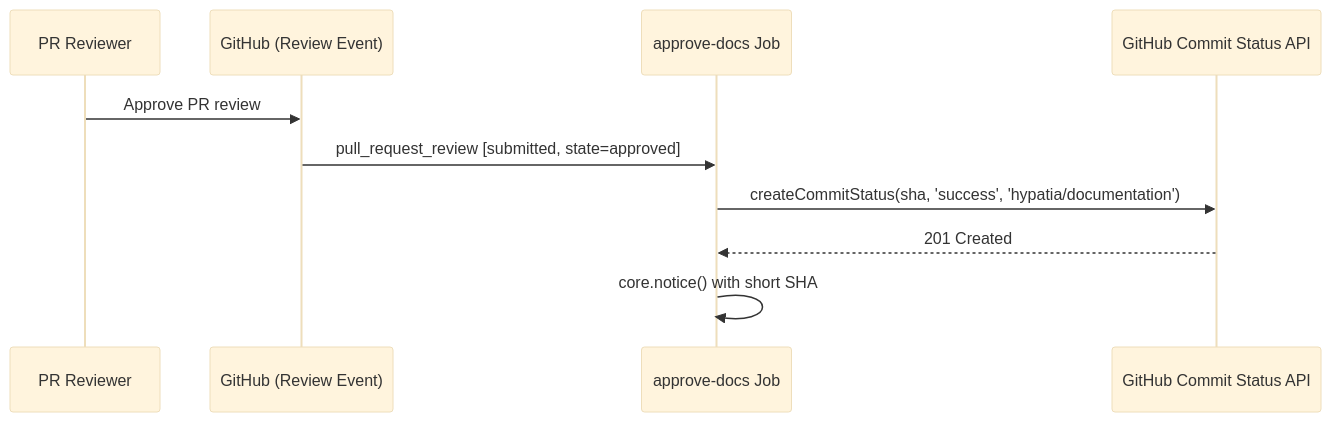
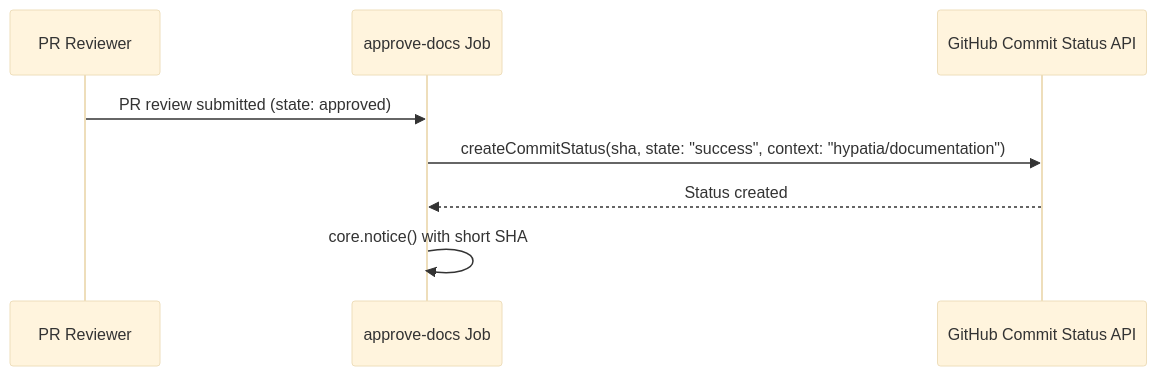
Before and after one commit to cornelisnetworks/opa-psm2-tests: the fourth of 4 diagrams in docs/.github-workflows.md, drawn with Mermaid (base theme). The commit also changed other lines of this file and 1 other file, not shown here.

Commit message:
docs: auto-generate documentation for PR #1 [skip ci]

````diff
--- a/docs/.github-workflows.md
+++ b/docs/.github-workflows.md
@@ -92,13 +102,11 @@
 ```mermaid
 sequenceDiagram
     participant Reviewer as PR Reviewer
-    participant GH as GitHub (Review Event)
     participant Approve as approve-docs Job
-    participant Status as GitHub Commit Status API
+    participant GH as GitHub Commit Status API
 
-    Reviewer->>GH: Approve PR review
-    GH->>Approve: pull_request_review [submitted, state=approved]
-    Approve->>Status: createCommitStatus(sha, 'success', 'hypatia/documentation')
-    Status-->>Approve: 201 Created
+    Reviewer->>Approve: PR review submitted (state: approved)
+    Approve->>GH: createCommitStatus(sha, state: "success", context: "hypatia/documentation")
+    GH-->>Approve: Status created
     Approve->>Approve: core.notice() with short SHA
 ```
````
